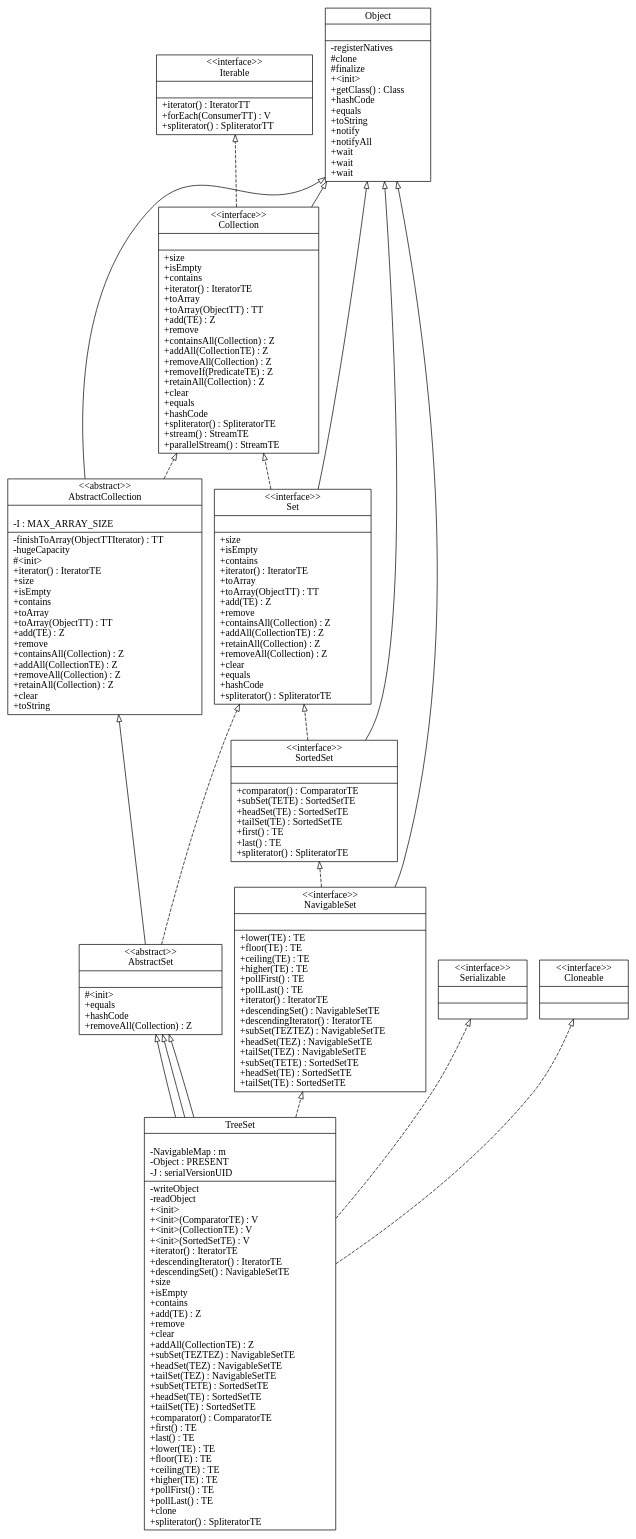
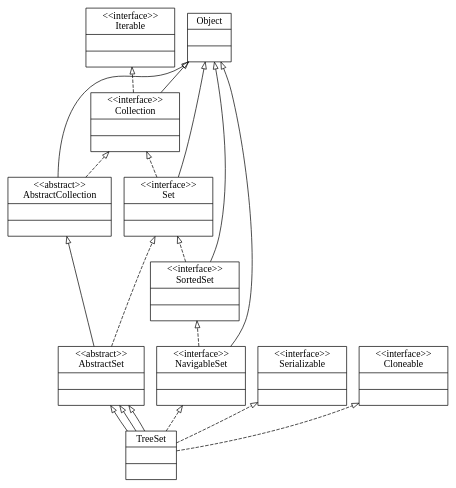
The diagram in Documents/output.dot (rbubulka/JavaUMLGenerator), drawn with Graphviz before and after one commit. The commit also changed 3 other files, not shown here.

```diff
--- a/Documents/output.dot
+++ b/Documents/output.dot
@@ -1,64 +1,64 @@
 digraph G { rankdir=BT;
 "AbstractSet" [
 shape="record",
-label= "{\<\<abstract\>\>\nAbstractSet|\l|#\<init\>\l+equals\l+hashCode\l+removeAll(Collection) : Z\l}"];
+label= "{\<\<abstract\>\>\nAbstractSet|\l|}"];
 
 "Collection" [
 shape="record",
-label= "{\<\<interface\>\>\nCollection|\l|+size\l+isEmpty\l+contains\l+iterator() : IteratorTE\l+toArray\l+toArray(ObjectTT) : TT\l+add(TE) : Z\l+remove\l+containsAll(Collection) : Z\l+addAll(CollectionTE) : Z\l+removeAll(Collection) : Z\l+removeIf(PredicateTE) : Z\l+retainAll(Collection) : Z\l+clear\l+equals\l+hashCode\l+spliterator() : SpliteratorTE\l+stream() : StreamTE\l+parallelStream() : StreamTE\l}"];
+label= "{\<\<interface\>\>\nCollection|\l|}"];
 
 "Serializable" [
 shape="record",
 label= "{\<\<interface\>\>\nSerializable|\l|}"];
 
 "Cloneable" [
 shape="record",
 label= "{\<\<interface\>\>\nCloneable|\l|}"];
 
 "NavigableSet" [
 shape="record",
-label= "{\<\<interface\>\>\nNavigableSet|\l|+lower(TE) : TE\l+floor(TE) : TE\l+ceiling(TE) : TE\l+higher(TE) : TE\l+pollFirst() : TE\l+pollLast() : TE\l+iterator() : IteratorTE\l+descendingSet() : NavigableSetTE\l+descendingIterator() : IteratorTE\l+subSet(TEZTEZ) : NavigableSetTE\l+headSet(TEZ) : NavigableSetTE\l+tailSet(TEZ) : NavigableSetTE\l+subSet(TETE) : SortedSetTE\l+headSet(TE) : SortedSetTE\l+tailSet(TE) : SortedSetTE\l}"];
+label= "{\<\<interface\>\>\nNavigableSet|\l|}"];
 
 "AbstractCollection" [
 shape="record",
-label= "{\<\<abstract\>\>\nAbstractCollection|\l-I : MAX_ARRAY_SIZE\l|-finishToArray(ObjectTTIterator) : TT\l-hugeCapacity\l#\<init\>\l+iterator() : IteratorTE\l+size\l+isEmpty\l+contains\l+toArray\l+toArray(ObjectTT) : TT\l+add(TE) : Z\l+remove\l+containsAll(Collection) : Z\l+addAll(CollectionTE) : Z\l+removeAll(Collection) : Z\l+retainAll(Collection) : Z\l+clear\l+toString\l}"];
+label= "{\<\<abstract\>\>\nAbstractCollection|\l|}"];
 
 "Iterable" [
 shape="record",
-label= "{\<\<interface\>\>\nIterable|\l|+iterator() : IteratorTT\l+forEach(ConsumerTT) : V\l+spliterator() : SpliteratorTT\l}"];
+label= "{\<\<interface\>\>\nIterable|\l|}"];
 
 "TreeSet" [
 shape="record",
-label= "{TreeSet|\l-NavigableMap : m\l-Object : PRESENT\l-J : serialVersionUID\l|-writeObject\l-readObject\l+\<init\>\l+\<init\>(ComparatorTE) : V\l+\<init\>(CollectionTE) : V\l+\<init\>(SortedSetTE) : V\l+iterator() : IteratorTE\l+descendingIterator() : IteratorTE\l+descendingSet() : NavigableSetTE\l+size\l+isEmpty\l+contains\l+add(TE) : Z\l+remove\l+clear\l+addAll(CollectionTE) : Z\l+subSet(TEZTEZ) : NavigableSetTE\l+headSet(TEZ) : NavigableSetTE\l+tailSet(TEZ) : NavigableSetTE\l+subSet(TETE) : SortedSetTE\l+headSet(TE) : SortedSetTE\l+tailSet(TE) : SortedSetTE\l+comparator() : ComparatorTE\l+first() : TE\l+last() : TE\l+lower(TE) : TE\l+floor(TE) : TE\l+ceiling(TE) : TE\l+higher(TE) : TE\l+pollFirst() : TE\l+pollLast() : TE\l+clone\l+spliterator() : SpliteratorTE\l}"];
+label= "{TreeSet|\l|}"];
 
 "Object" [
 shape="record",
-label= "{Object|\l|-registerNatives\l#clone\l#finalize\l+\<init\>\l+getClass() : Class\l+hashCode\l+equals\l+toString\l+notify\l+notifyAll\l+wait\l+wait\l+wait\l}"];
+label= "{Object|\l|}"];
 
 "Set" [
 shape="record",
-label= "{\<\<interface\>\>\nSet|\l|+size\l+isEmpty\l+contains\l+iterator() : IteratorTE\l+toArray\l+toArray(ObjectTT) : TT\l+add(TE) : Z\l+remove\l+containsAll(Collection) : Z\l+addAll(CollectionTE) : Z\l+retainAll(Collection) : Z\l+removeAll(Collection) : Z\l+clear\l+equals\l+hashCode\l+spliterator() : SpliteratorTE\l}"];
+label= "{\<\<interface\>\>\nSet|\l|}"];
 
 "SortedSet" [
 shape="record",
-label= "{\<\<interface\>\>\nSortedSet|\l|+comparator() : ComparatorTE\l+subSet(TETE) : SortedSetTE\l+headSet(TE) : SortedSetTE\l+tailSet(TE) : SortedSetTE\l+first() : TE\l+last() : TE\l+spliterator() : SpliteratorTE\l}"];
+label= "{\<\<interface\>\>\nSortedSet|\l|}"];
 
 TreeSet -> NavigableSet [arrowhead = "onormal", style = "dashed"];
 TreeSet -> AbstractSet [arrowhead="onormal"];
 TreeSet -> Cloneable [arrowhead = "onormal", style = "dashed"];
 TreeSet -> AbstractSet [arrowhead="onormal"];
 TreeSet -> Serializable [arrowhead = "onormal", style = "dashed"];
 TreeSet -> AbstractSet [arrowhead="onormal"];
 AbstractSet -> Set [arrowhead = "onormal", style = "dashed"];
 AbstractSet -> AbstractCollection [arrowhead="onormal"];
 AbstractCollection -> Collection [arrowhead = "onormal", style = "dashed"];
 AbstractCollection -> Object [arrowhead="onormal"];
 Collection -> Iterable [arrowhead = "onormal", style = "dashed"];
 Collection -> Object [arrowhead="onormal"];
 Set -> Collection [arrowhead = "onormal", style = "dashed"];
 Set -> Object [arrowhead="onormal"];
 NavigableSet -> SortedSet [arrowhead = "onormal", style = "dashed"];
 NavigableSet -> Object [arrowhead="onormal"];
 SortedSet -> Set [arrowhead = "onormal", style = "dashed"];
 SortedSet -> Object [arrowhead="onormal"];
 }
```
